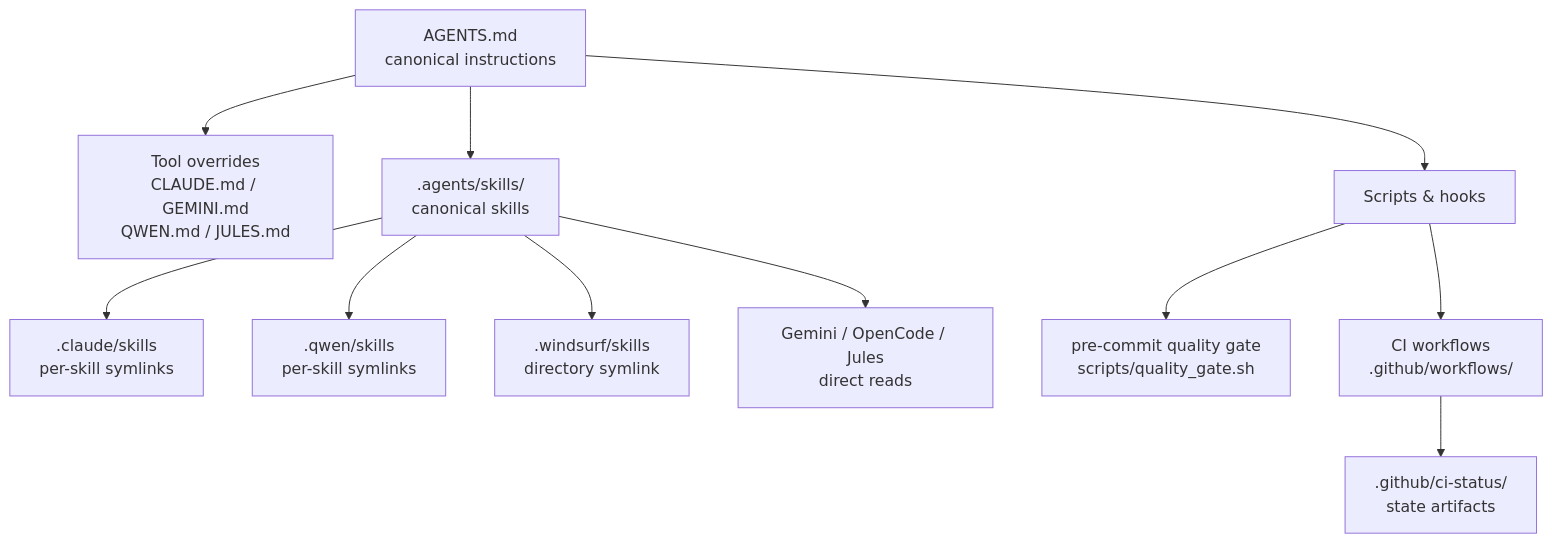
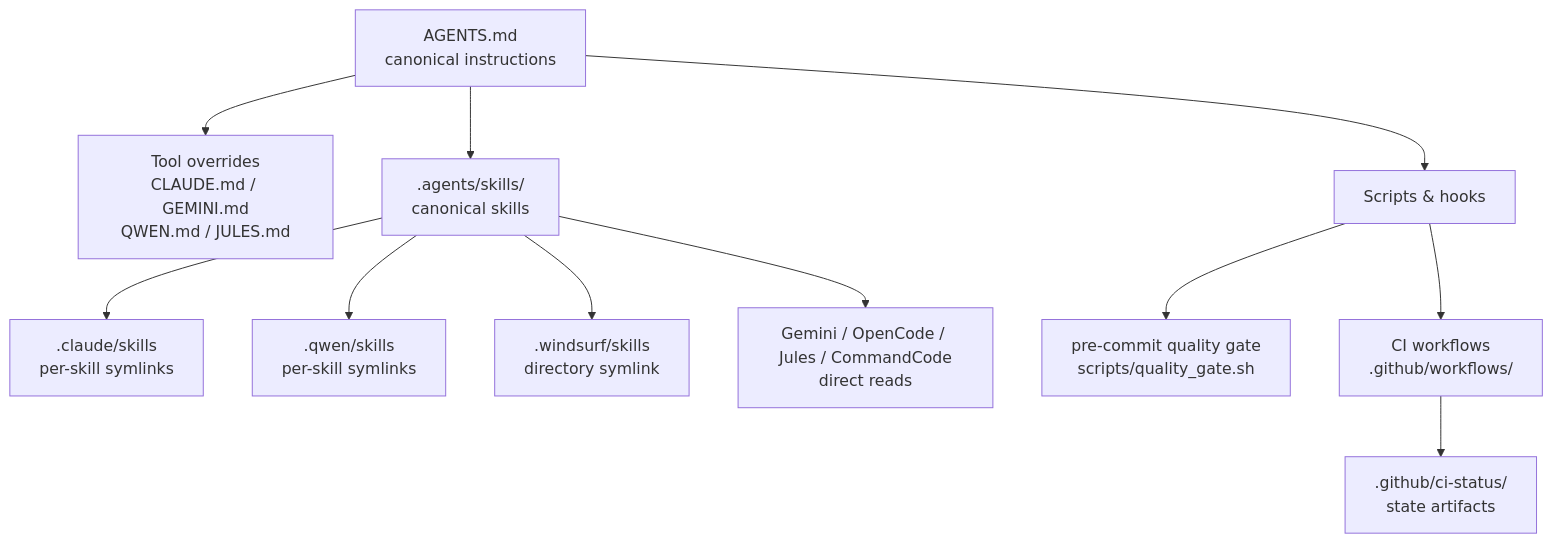
One commit to d-o-hub/github-template-ai-agents changed the first of 2 diagrams in README.md. Above: the diagram before and after it, drawn with Mermaid. The commit also changed other lines of this file and 113 other files, not shown here.

Commit message:
docs(template): add CommandCode to agent compatibility and config

````diff
--- a/README.md
+++ b/README.md
@@ -76,13 +77,13 @@
 ```mermaid
 flowchart TD
     A["AGENTS.md<br/>canonical instructions"] --> B["Tool overrides<br/>CLAUDE.md / GEMINI.md<br/>QWEN.md / JULES.md"]
     A --> C[".agents/skills/<br/>canonical skills"]
     C --> D[".claude/skills<br/>per-skill symlinks"]
     C --> E[".qwen/skills<br/>per-skill symlinks"]
     C --> F[".windsurf/skills<br/>directory symlink"]
-    C --> G["Gemini / OpenCode / Jules<br/>direct reads"]
+    C --> G["Gemini / OpenCode / Jules / CommandCode<br/>direct reads"]
     A --> H["Scripts & hooks"]
     H --> I["pre-commit quality gate<br/>scripts/quality_gate.sh"]
     H --> J["CI workflows<br/>.github/workflows/"]
     J --> K[".github/ci-status/<br/>state artifacts"]
 ```
````
